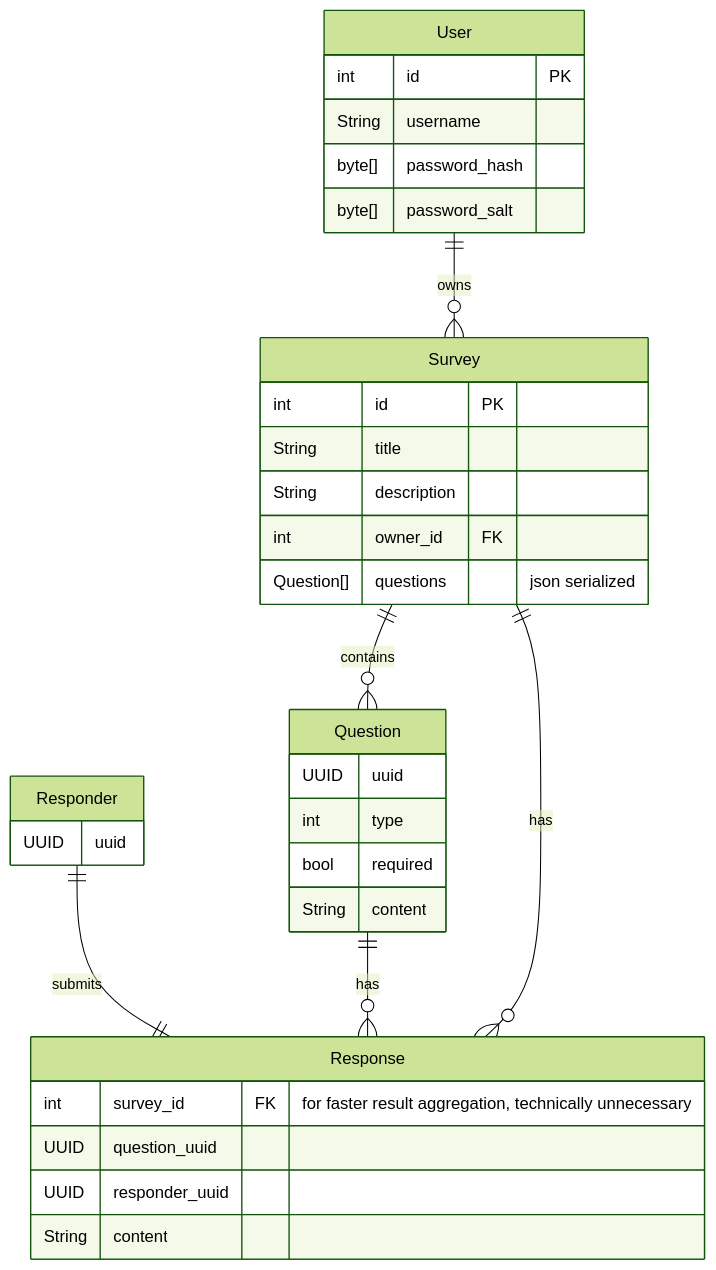
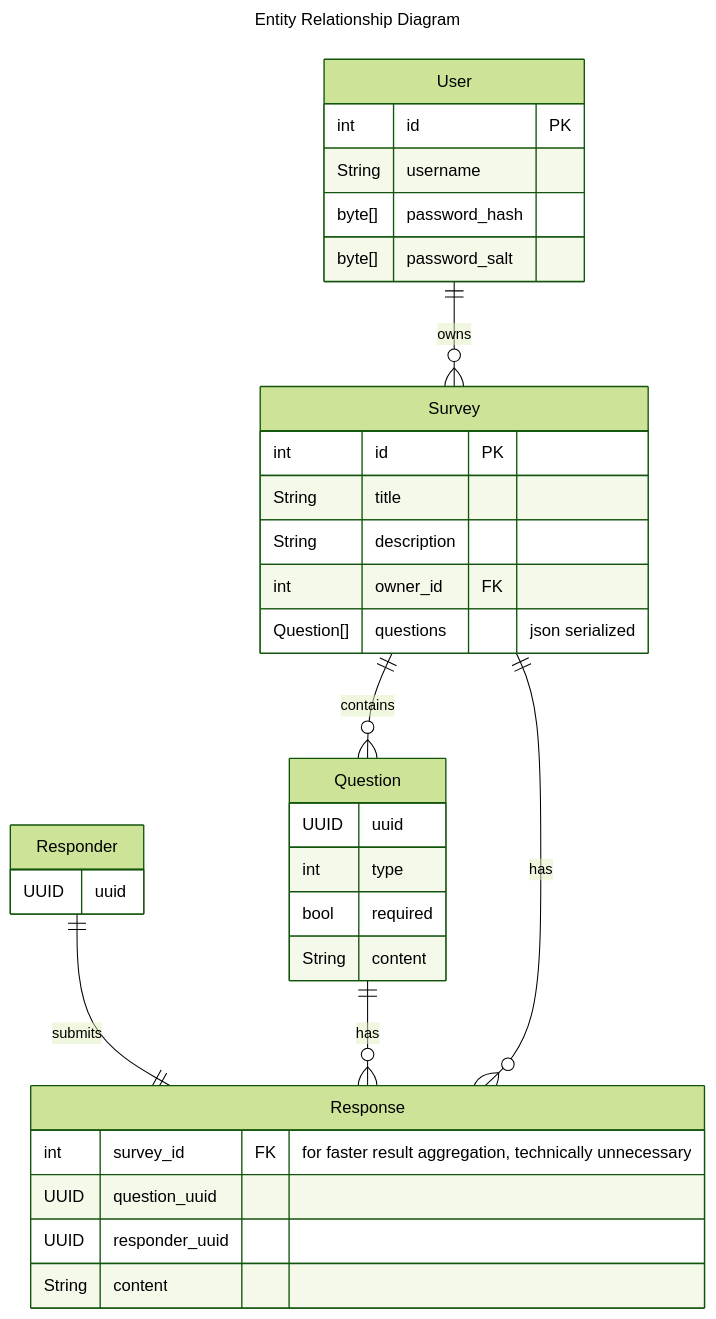
One commit to dyc3/d6-survey-service changed the third of 6 diagrams in docs/architecture.md. Above: the diagram before and after it, drawn with Mermaid (forest theme). The commit also changed other lines of this file, not shown here.

Commit message:
add diagrams for what the structure of deployed services could look like

````diff
--- a/docs/architecture.md
+++ b/docs/architecture.md
@@ -63,41 +113,44 @@
 ```mermaid
+---
+title: Entity Relationship Diagram
+---
 erDiagram
     User {
         int id PK
         String username
         byte[] password_hash
         byte[] password_salt
     }
 
     Responder {
         UUID uuid
     }
 
     Survey {
         int id PK
         String title
         String description
         int owner_id FK
         Question[] questions "json serialized"
     }
 
     Question {
         UUID uuid
         int type
         bool required
         String content
     }
 
     Response {
         int survey_id FK "for faster result aggregation, technically unnecessary"
         UUID question_uuid
         UUID responder_uuid
         String content
     }
 
     User ||--o{ Survey : owns
     Survey ||--o{ Question : contains
     Responder ||--|| Response : submits
     Question ||--o{ Response : has
     Survey ||--o{ Response : has
 ```
````
